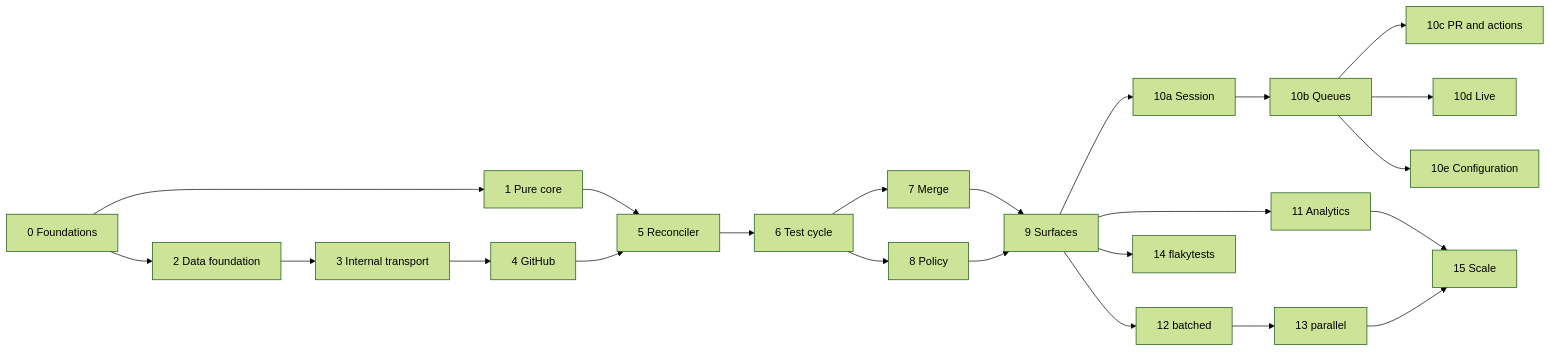
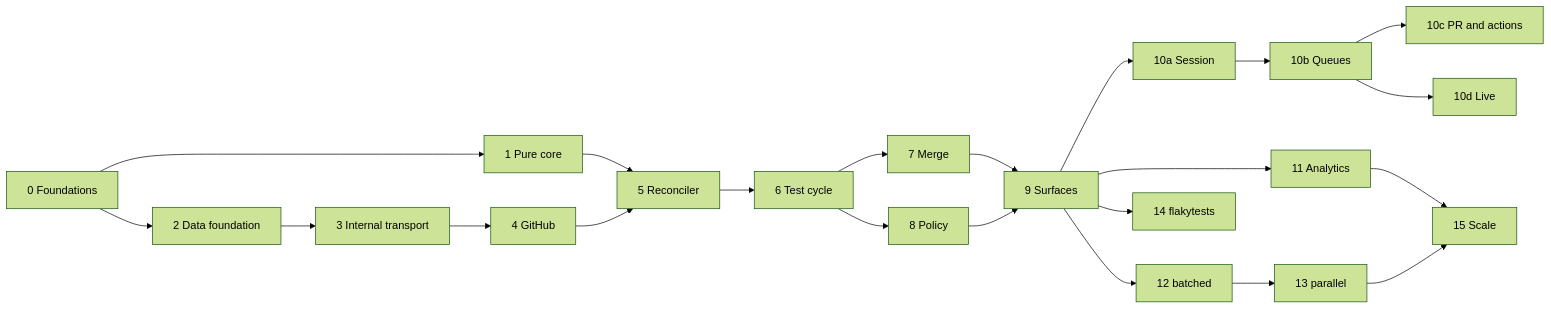
Before and after one commit to getcihub/cihub: the diagram in specs/LOTS.md, drawn with Mermaid (forest theme). The commit also changed other lines of this file and 4 other files, not shown here.

````diff
--- a/specs/LOTS.md
+++ b/specs/LOTS.md
@@ -56,25 +55,24 @@
 ```mermaid
 flowchart LR
   L0[0 Foundations] --> L1[1 Pure core]
   L0 --> L2[2 Data foundation]
   L2 --> L3[3 Internal transport]
   L3 --> L4[4 GitHub]
   L1 --> L5[5 Reconciler]
   L4 --> L5
   L5 --> L6[6 Test cycle]
   L6 --> L7[7 Merge]
   L6 --> L8[8 Policy]
   L7 --> L9[9 Surfaces]
   L8 --> L9
   L9 --> L10a[10a Session]
   L10a --> L10b[10b Queues]
   L10b --> L10c[10c PR and actions]
   L10b --> L10d[10d Live]
-  L10b --> L10e[10e Configuration]
   L9 --> L11[11 Analytics]
   L9 --> L12[12 batched]
   L9 --> L14[14 flakytests]
   L12 --> L13[13 parallel]
   L11 --> L15[15 Scale]
   L13 --> L15
 ```
````
